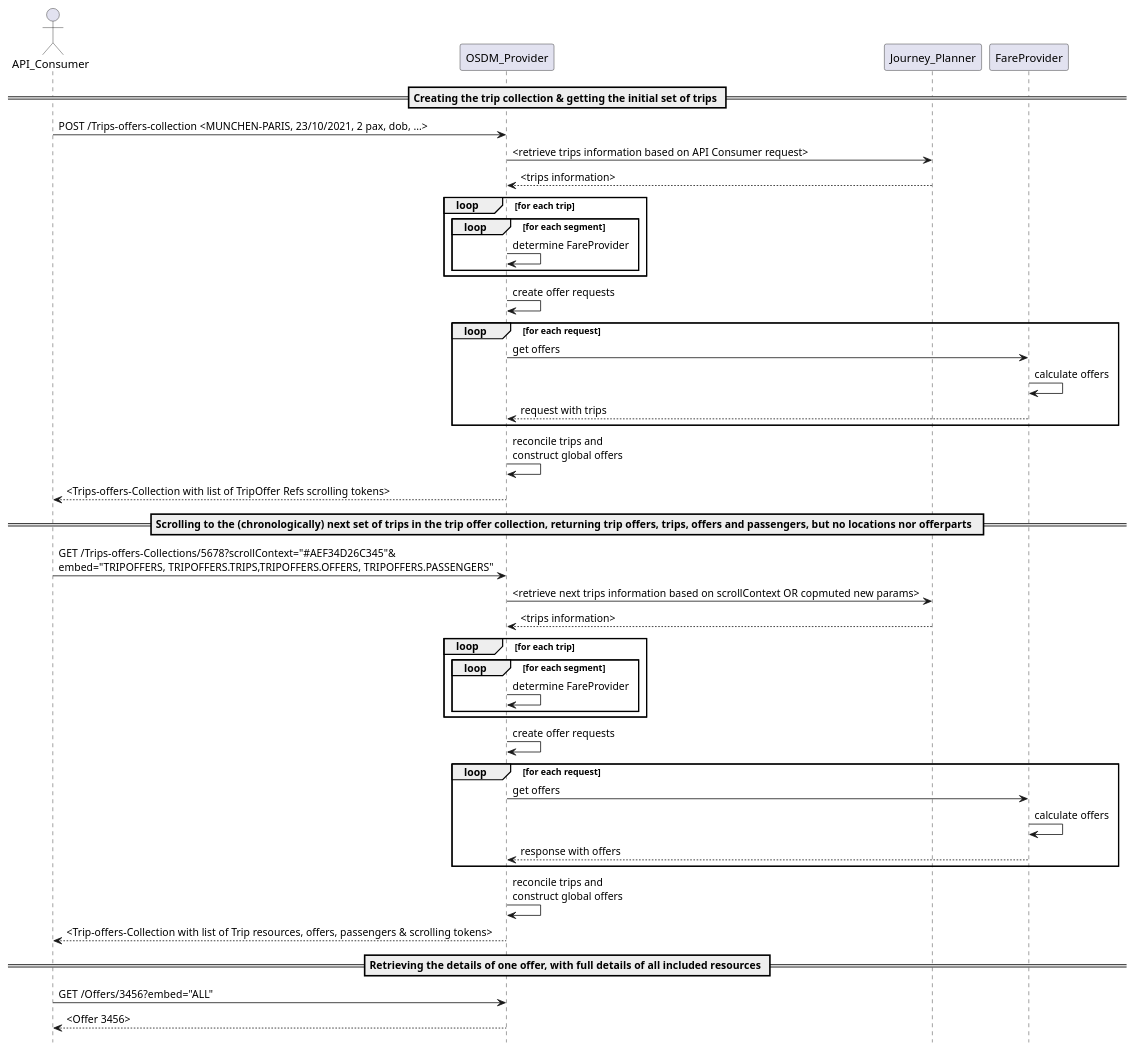
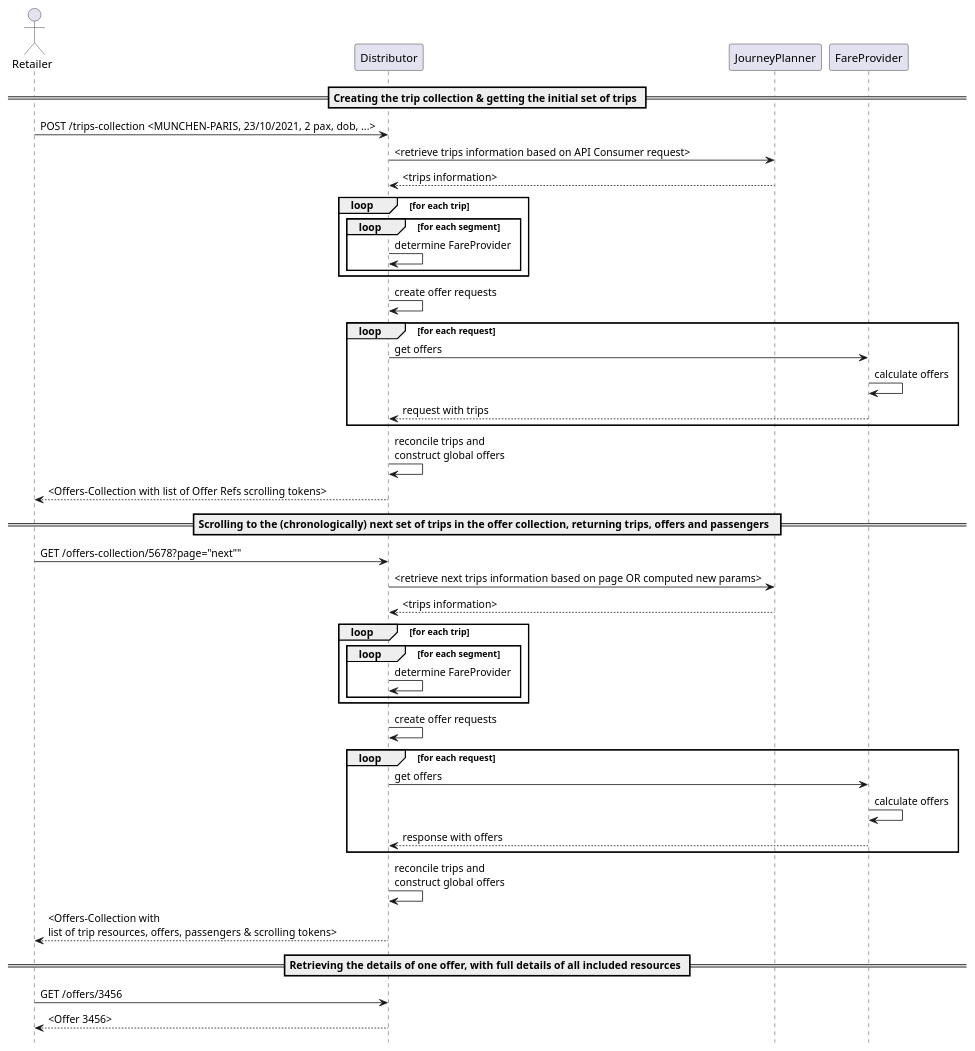
The diagram in images/processes/seq-getting-and-browsing-offers.puml (UnionInternationalCheminsdeFer/OSDM), drawn with PlantUML before and after one commit. The commit also changed 71 other files, not shown here.

```diff
--- a/images/processes/seq-getting-and-browsing-offers.puml
+++ b/images/processes/seq-getting-and-browsing-offers.puml
@@ -1,43 +1,43 @@
 hide footbox
 
-actor API_Consumer 
+actor Retailer 
 
 == Creating the trip collection & getting the initial set of trips ==
-API_Consumer -> OSDM_Provider: POST /Trips-offers-collection <MUNCHEN-PARIS, 23/10/2021, 2 pax, dob, ...>
-OSDM_Provider -> Journey_Planner : <retrieve trips information based on API Consumer request>
-Journey_Planner --> OSDM_Provider : <trips information>
+Retailer -> Distributor: POST /trips-collection <MUNCHEN-PARIS, 23/10/2021, 2 pax, dob, ...>
+Distributor -> JourneyPlanner : <retrieve trips information based on API Consumer request>
+JourneyPlanner --> Distributor : <trips information>
 loop for each trip    
     loop for each segment
-        OSDM_Provider -> OSDM_Provider: determine FareProvider
+        Distributor -> Distributor: determine FareProvider
     end
 end
-OSDM_Provider -> OSDM_Provider : create offer requests
+Distributor -> Distributor : create offer requests
 loop for each request
-    OSDM_Provider -> FareProvider: get offers 
+    Distributor -> FareProvider: get offers 
     FareProvider -> FareProvider: calculate offers
-    FareProvider --> OSDM_Provider : request with trips
+    FareProvider --> Distributor : request with trips
 end
-OSDM_Provider -> OSDM_Provider : reconcile trips and \nconstruct global offers
-OSDM_Provider --> API_Consumer: <Trips-offers-Collection with list of TripOffer Refs scrolling tokens>
+Distributor -> Distributor : reconcile trips and \nconstruct global offers
+Distributor --> Retailer: <Offers-Collection with list of Offer Refs scrolling tokens>
 
-== Scrolling to the (chronologically) next set of trips in the trip offer collection, returning trip offers, trips, offers and passengers, but no locations nor offerparts  ==
-API_Consumer -> OSDM_Provider: GET /Trips-offers-Collections/5678?scrollContext="#AEF34D26C345"&\nembed="TRIPOFFERS, TRIPOFFERS.TRIPS,TRIPOFFERS.OFFERS, TRIPOFFERS.PASSENGERS"
-OSDM_Provider -> Journey_Planner : <retrieve next trips information based on scrollContext OR copmuted new params>
-Journey_Planner --> OSDM_Provider : <trips information>
+== Scrolling to the (chronologically) next set of trips in the offer collection, returning trips, offers and passengers  ==
+Retailer -> Distributor: GET /offers-collection/5678?page="next""
+Distributor -> JourneyPlanner : <retrieve next trips information based on page OR computed new params>
+JourneyPlanner --> Distributor : <trips information>
 loop for each trip    
     loop for each segment
-        OSDM_Provider -> OSDM_Provider: determine FareProvider
+        Distributor -> Distributor: determine FareProvider
     end
 end
-OSDM_Provider -> OSDM_Provider : create offer requests
+Distributor -> Distributor : create offer requests
 loop for each request
-    OSDM_Provider -> FareProvider: get offers 
+    Distributor -> FareProvider: get offers 
     FareProvider -> FareProvider: calculate offers
-    FareProvider --> OSDM_Provider : response with offers
+    FareProvider --> Distributor : response with offers
 end
-OSDM_Provider -> OSDM_Provider : reconcile trips and \nconstruct global offers
-OSDM_Provider --> API_Consumer: <Trip-offers-Collection with list of Trip resources, offers, passengers & scrolling tokens>
+Distributor -> Distributor : reconcile trips and \nconstruct global offers
+Distributor --> Retailer: <Offers-Collection with \nlist of trip resources, offers, passengers & scrolling tokens>
 
 == Retrieving the details of one offer, with full details of all included resources ==
-API_Consumer -> OSDM_Provider: GET /Offers/3456?embed="ALL"
-OSDM_Provider --> API_Consumer: <Offer 3456>
+Retailer -> Distributor: GET /offers/3456
+Distributor --> Retailer: <Offer 3456>
```
